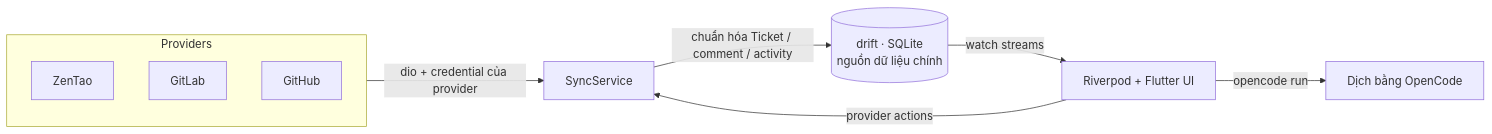
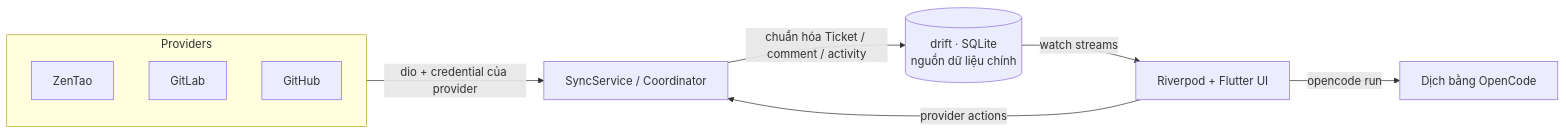
The diagram in README.vi.md (thanhnguyen293/WorkNexus), drawn with Mermaid before and after one commit. The commit also changed other lines of this file and 931 other files, not shown here.

Commit message:
feat: implement modularized tool architecture and workspace shell features

````diff
--- a/README.vi.md
+++ b/README.vi.md
@@ -160,11 +268,11 @@
 ```mermaid
 flowchart LR
     subgraph Providers
         Z[ZenTao] & GL[GitLab] & GH[GitHub]
     end
-    Providers -->|dio + credential của provider| SYNC[SyncService]
+    Providers -->|dio + credential của provider| SYNC[SyncService / Coordinator]
     SYNC -->|chuẩn hóa Ticket / comment / activity| DB[(drift · SQLite<br/>nguồn dữ liệu chính)]
     DB -->|watch streams| UI[Riverpod + Flutter UI]
     UI -->|provider actions| SYNC
     UI -->|opencode run| TR[Dịch bằng OpenCode]
 ```
````
